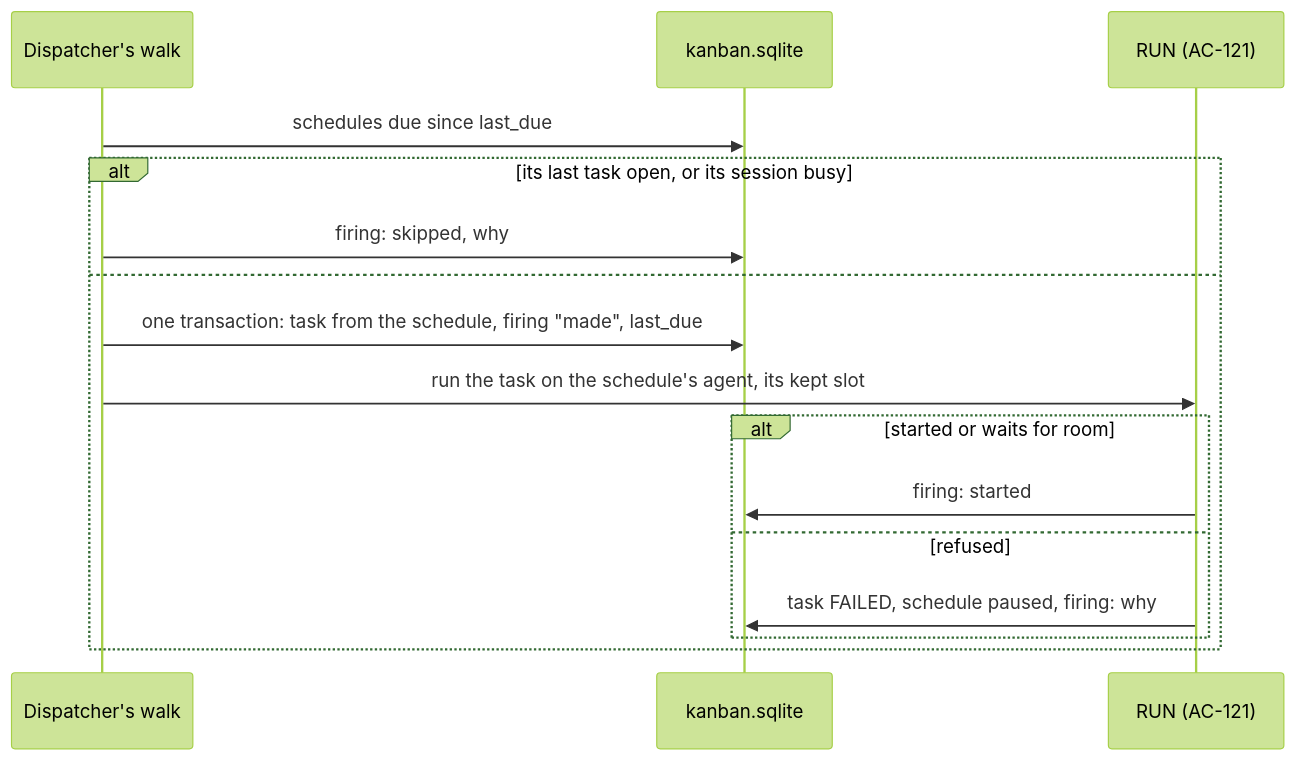
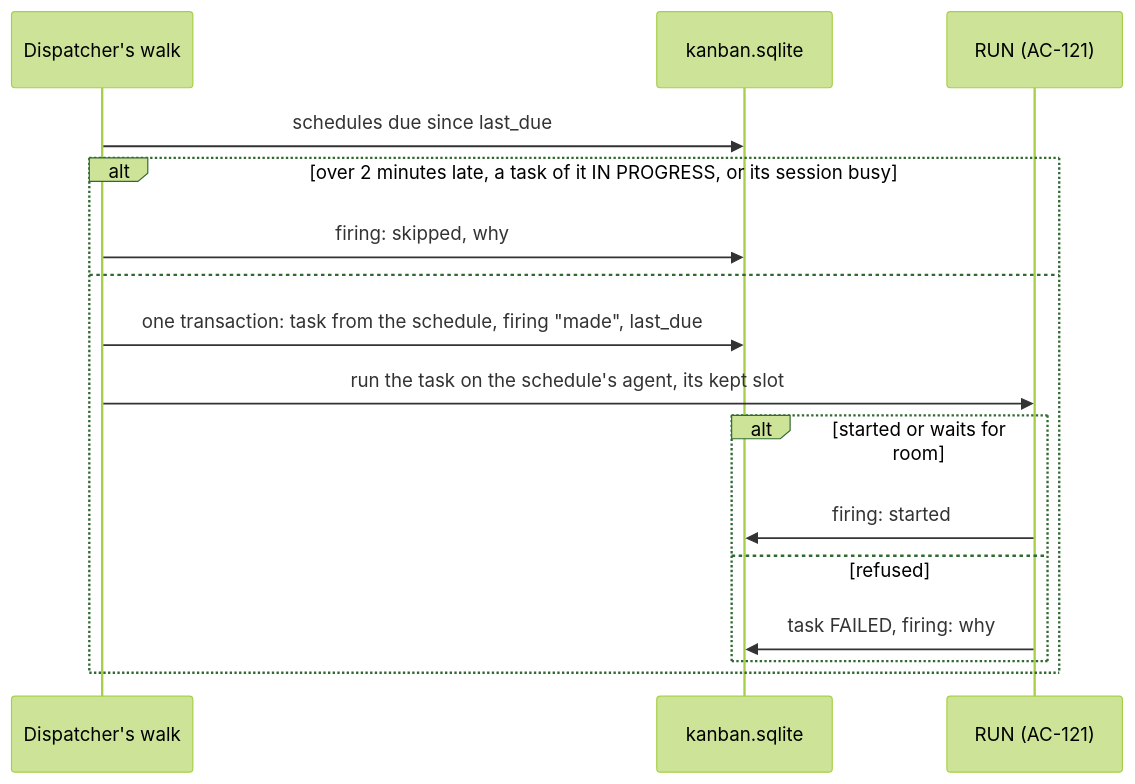
Before and after one commit to extractumio/terminum: the diagram in docs/specs/terminum-schedules.md, drawn with Mermaid (forest theme). The commit also changed other lines of this file and 3 other files, not shown here.

````diff
--- a/docs/specs/terminum-schedules.md
+++ b/docs/specs/terminum-schedules.md
@@ -257,18 +275,18 @@
 ```mermaid
 sequenceDiagram
   participant W as Dispatcher's walk
   participant DB as kanban.sqlite
   participant R as RUN (AC-121)
   W->>DB: schedules due since last_due
-  alt its last task open, or its session busy
+  alt over 2 minutes late, a task of it IN PROGRESS, or its session busy
     W->>DB: firing: skipped, why
   else
     W->>DB: one transaction: task from the schedule, firing "made", last_due
     W->>R: run the task on the schedule's agent, its kept slot
     alt started or waits for room
       R->>DB: firing: started
     else refused
-      R->>DB: task FAILED, schedule paused, firing: why
+      R->>DB: task FAILED, firing: why
     end
   end
 ```
````
